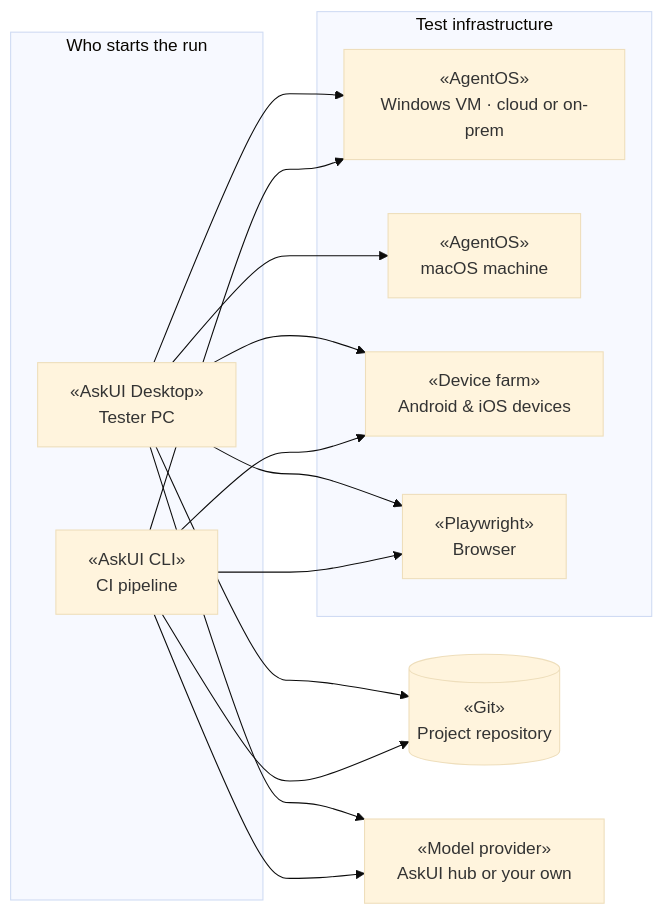
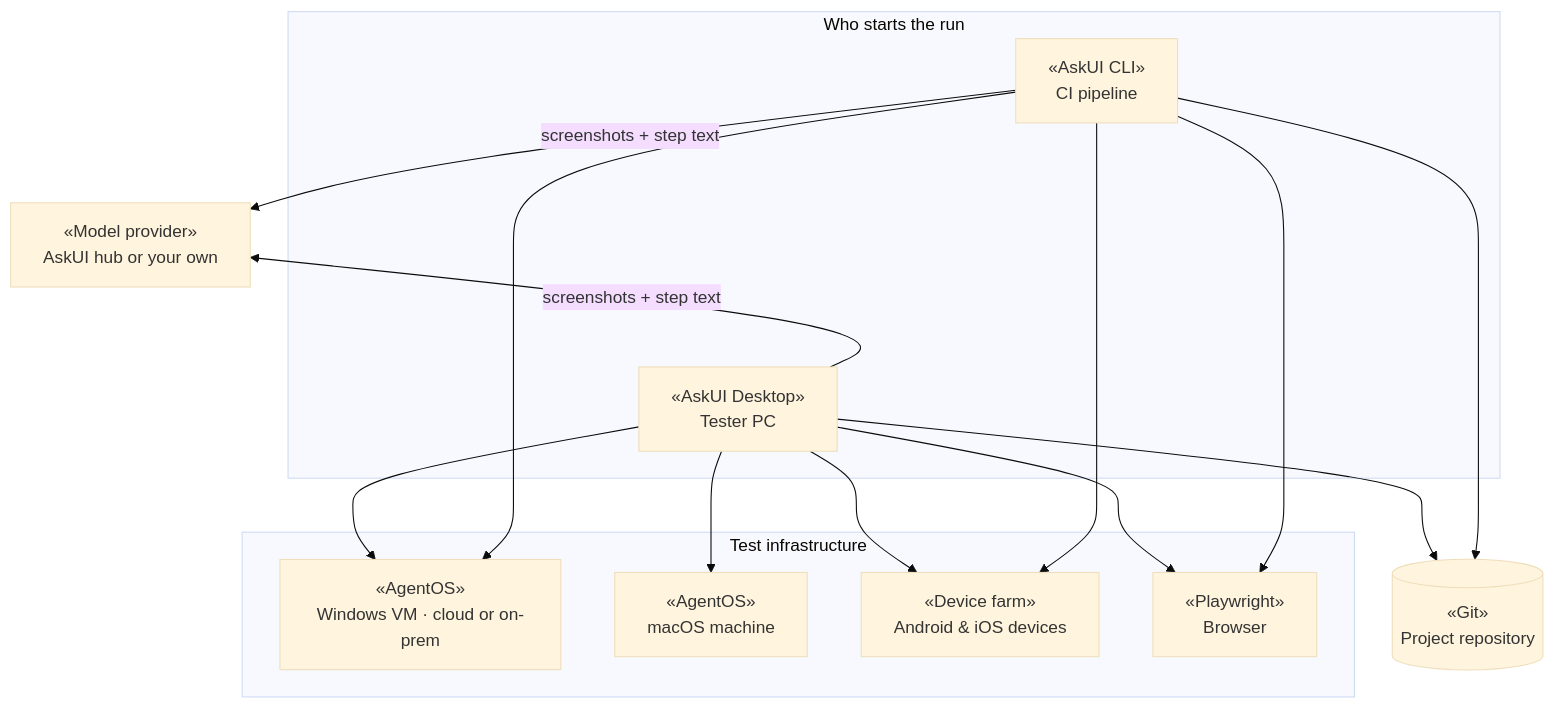
Before and after one commit to askui/docs-rewrite: the second of 2 diagrams in content/docs/concepts/enterprise-fit.mdx, drawn with Mermaid (base theme). The commit also changed other lines of this file, not shown here.

Commit message:
docs(enterprise-fit): model provider pinned to the top of both diagrams
Switched to TB with an invisible rank link (M ~~~ subgraph) so the model
provider sits above the machines and the inference arrows point up.

````diff
--- a/content/docs/concepts/enterprise-fit.mdx
+++ b/content/docs/concepts/enterprise-fit.mdx
@@ -40,26 +42,27 @@
 ```mermaid
-flowchart LR
+flowchart TB
+  M["«Model provider»<br/>AskUI hub or your own"]
   subgraph starts["Who starts the run"]
     D["«AskUI Desktop»<br/>Tester PC"]
     C["«AskUI CLI»<br/>CI pipeline"]
   end
+  R[("«Git»<br/>Project repository")]
   subgraph infra["Test infrastructure"]
     V["«AgentOS»<br/>Windows VM · cloud or on-prem"]
     MC["«AgentOS»<br/>macOS machine"]
     FARM["«Device farm»<br/>Android &amp; iOS devices"]
     BR["«Playwright»<br/>Browser"]
   end
-  R[("«Git»<br/>Project repository")]
-  M["«Model provider»<br/>AskUI hub or your own"]
+  M ~~~ starts
+  D -->|"screenshots + step text"| M
+  C -->|"screenshots + step text"| M
   D --> R
   C --> R
   D --> V
   D --> MC
   D --> FARM
   D --> BR
   C --> V
   C --> FARM
   C --> BR
-  D --> M
-  C --> M
 ```
````
